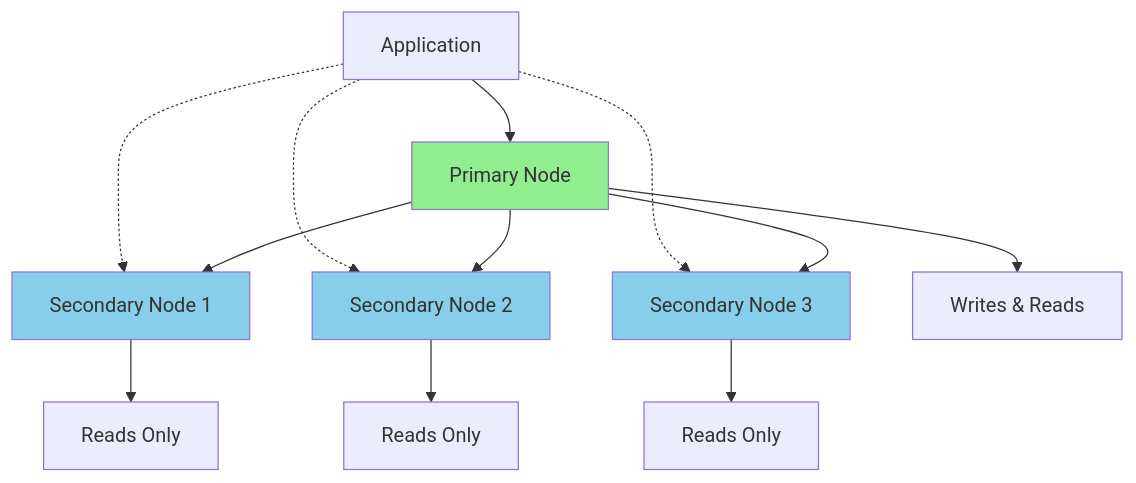
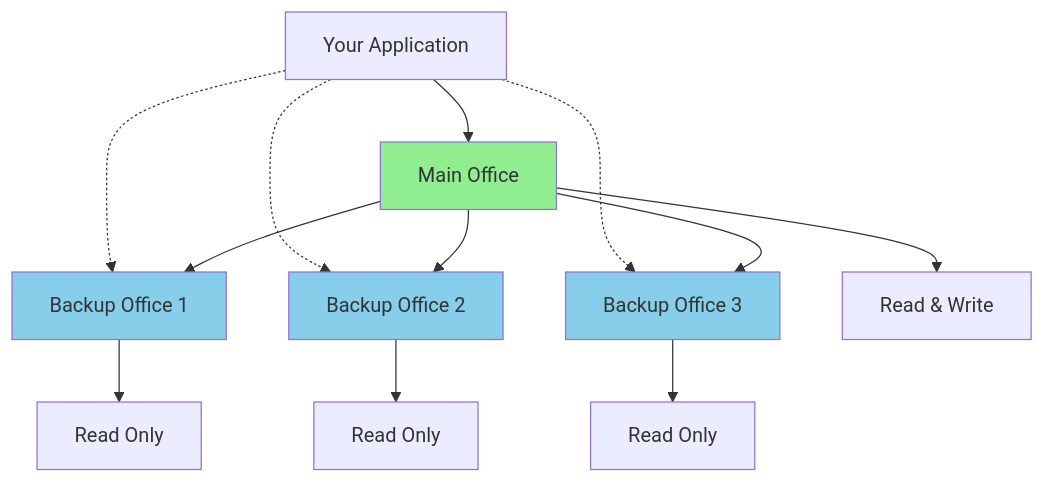
Before and after one commit to viswanathsandu/QuickGuides: the ninth of 11 diagrams in mongodb-nature-guide.md, drawn with Mermaid. The commit also changed other lines of this file, not shown here.

````diff
--- a/mongodb-nature-guide.md
+++ b/mongodb-nature-guide.md
@@ -592,21 +608,21 @@
 ```mermaid
 graph TB
-    A[Primary Node] --> B[Secondary Node 1]
-    A --> C[Secondary Node 2]  
-    A --> D[Secondary Node 3]
+    A[Main Office] --> B[Backup Office 1]
+    A --> C[Backup Office 2]  
+    A --> D[Backup Office 3]
     
-    E[Application] --> A
+    E[Your Application] --> A
     E -.-> B
     E -.-> C
     E -.-> D
     
-    A --> A1[Writes & Reads]
-    B --> B1[Reads Only]
-    C --> C1[Reads Only] 
-    D --> D1[Reads Only]
+    A --> A1[Read & Write]
+    B --> B1[Read Only]
+    C --> C1[Read Only] 
+    D --> D1[Read Only]
     
     style A fill:#90EE90
     style B fill:#87CEEB
     style C fill:#87CEEB
     style D fill:#87CEEB
 ```
````
